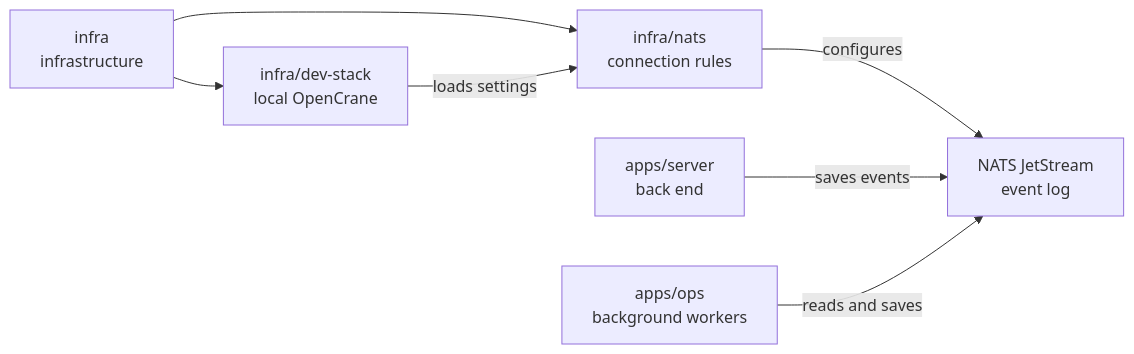
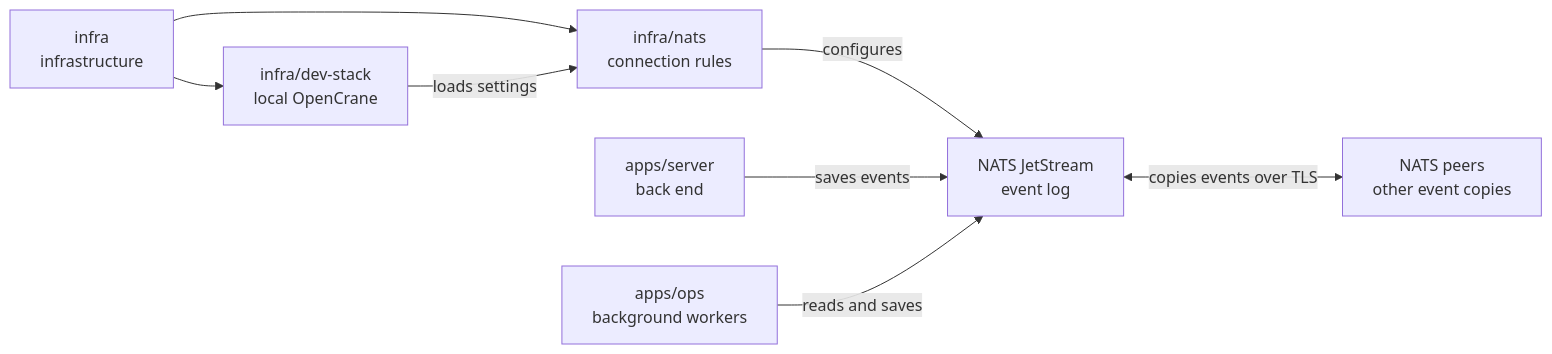
The diagram in infra/nats/README.md (elewa-git/opencrane-new), drawn with Mermaid before and after one commit. The commit also changed other lines of this file and 6 other files, not shown here.

````diff
--- a/infra/nats/README.md
+++ b/infra/nats/README.md
@@ -16,9 +16,10 @@
 ```mermaid
 flowchart LR
   infra["infra<br/>infrastructure"] --> settings["infra/nats<br/>connection rules"]
   infra --> stack["infra/dev-stack<br/>local OpenCrane"]
   stack -->|loads settings| settings
   settings -->|configures| nats["NATS JetStream<br/>event log"]
+  nats <-->|copies events over TLS| peers["NATS peers<br/>other event copies"]
   server["apps/server<br/>back end"] -->|saves events| nats
   ops["apps/ops<br/>background workers"] -->|reads and saves| nats
 ```
````
